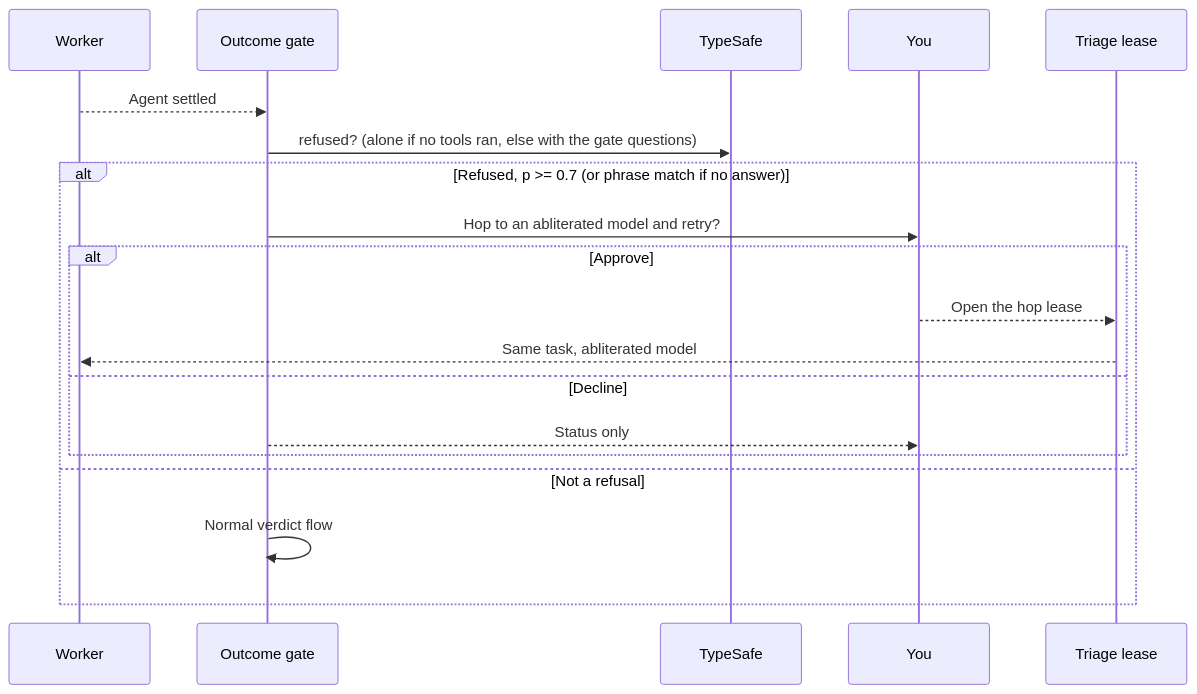
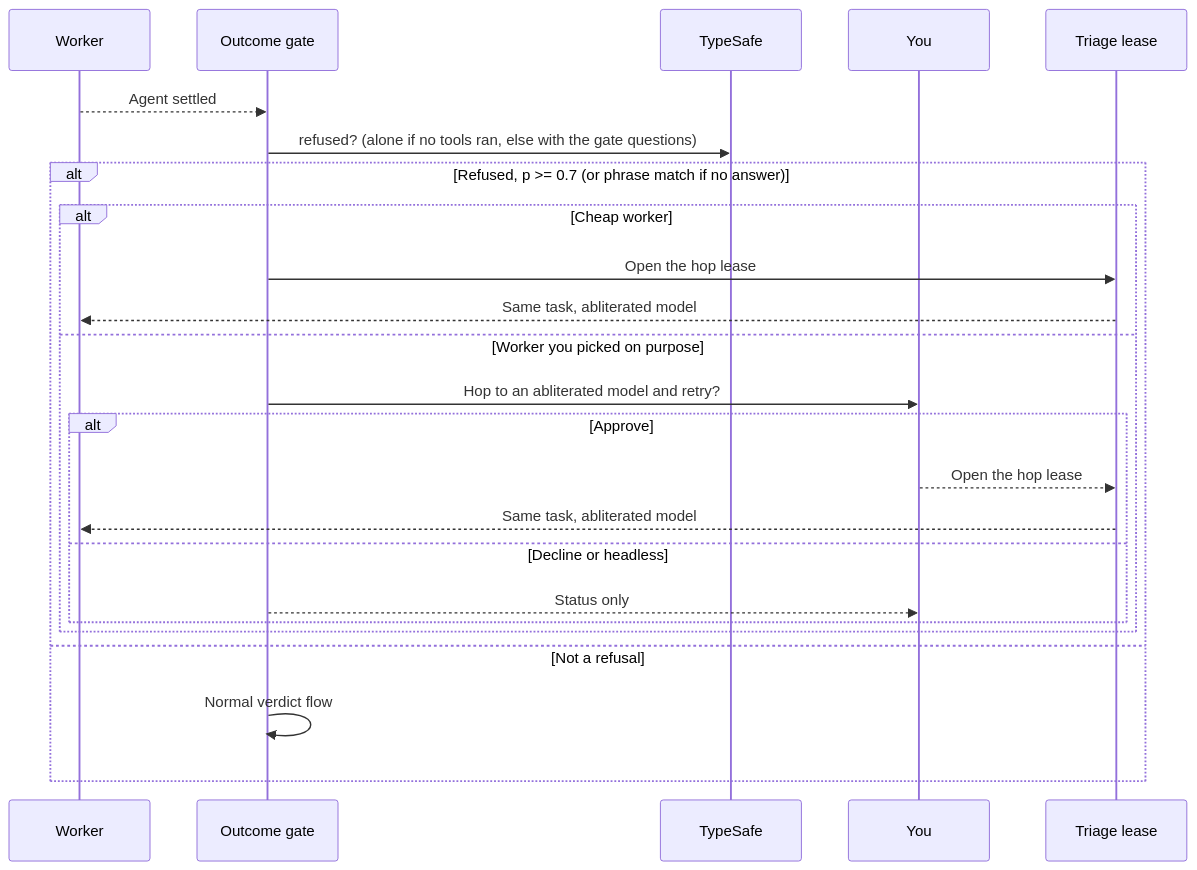
One commit to geocine/geocine-pi changed the fourth of 4 diagrams in docs/runtime-control.md. Above: the diagram before and after it, drawn with Mermaid. The commit also changed other lines of this file and 16 other files, not shown here.

````diff
--- a/docs/runtime-control.md
+++ b/docs/runtime-control.md
@@ -163,22 +166,27 @@
 ```mermaid
 sequenceDiagram
     participant W as Worker
     participant G as Outcome gate
     participant J as TypeSafe
     participant U as You
     participant T as Triage lease
 
     W-->>G: Agent settled
     G->>J: refused? (alone if no tools ran, else with the gate questions)
     alt Refused, p >= 0.7 (or phrase match if no answer)
-        G->>U: Hop to an abliterated model and retry?
-        alt Approve
-            U-->>T: Open the hop lease
+        alt Cheap worker
+            G->>T: Open the hop lease
             T-->>W: Same task, abliterated model
-        else Decline
-            G-->>U: Status only
+        else Worker you picked on purpose
+            G->>U: Hop to an abliterated model and retry?
+            alt Approve
+                U-->>T: Open the hop lease
+                T-->>W: Same task, abliterated model
+            else Decline or headless
+                G-->>U: Status only
+            end
         end
     else Not a refusal
         G->>G: Normal verdict flow
     end
 ```
````
